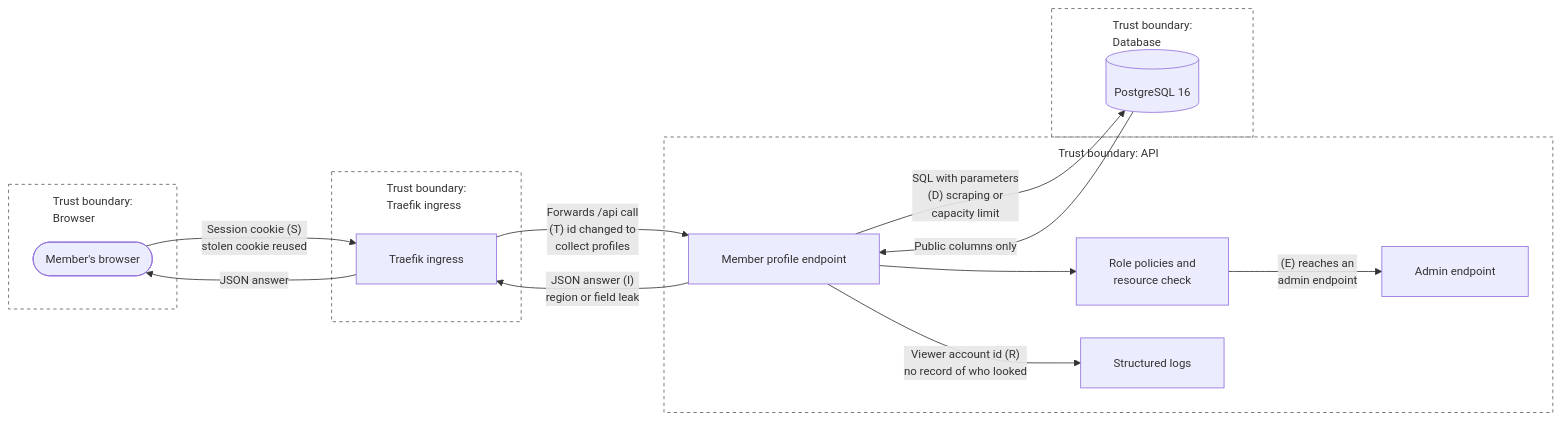
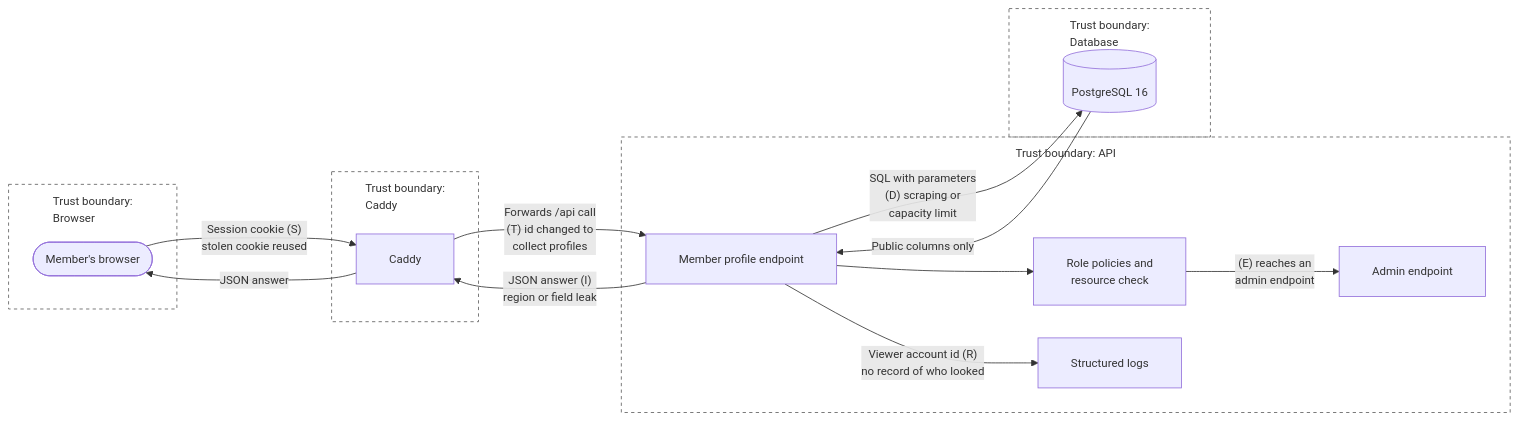
One commit to guruITA/connect-nine changed the third of 3 diagrams in docs/wesley/securityFundamentals.md. Above: the diagram before and after it, drawn with Mermaid. The commit also changed other lines of this file and 3 other files, not shown here.

````diff
--- a/docs/wesley/securityFundamentals.md
+++ b/docs/wesley/securityFundamentals.md
@@ -207,30 +207,30 @@
 ```mermaid
 %%{init: {'flowchart': {'wrappingWidth': 220, 'padding': 20, 'nodeSpacing': 40, 'rankSpacing': 60, 'subGraphTitleMargin': {'top': 10, 'bottom': 10}}, 'themeVariables': {'fontSize': '14px'}}}%%
 flowchart LR
     subgraph browserTB ["Trust boundary:<br/>Browser"]
         browser(["Member's browser"])
     end
-    subgraph ingressTB ["Trust boundary:<br/>Traefik ingress"]
-        ingress["Traefik ingress"]
+    subgraph caddyTB ["Trust boundary:<br/>Caddy"]
+        caddy["Caddy"]
     end
     subgraph apiTB ["Trust boundary: API"]
         endpoint["Member profile endpoint"]
         authz["Role policies and<br/>resource check"]
         admin["Admin endpoint"]
         logs["Structured logs"]
     end
     subgraph dbTB ["Trust boundary:<br/>Database"]
         db[("PostgreSQL 16")]
     end
-    browser -->|"Session cookie (S)<br/>stolen cookie reused"| ingress
-    ingress -->|"Forwards /api call<br/>(T) id changed to<br/>collect profiles"| endpoint
+    browser -->|"Session cookie (S)<br/>stolen cookie reused"| caddy
+    caddy -->|"Forwards /api call<br/>(T) id changed to<br/>collect profiles"| endpoint
     endpoint --> authz
     authz -->|"(E) reaches an<br/>admin endpoint"| admin
     endpoint -->|"SQL with parameters<br/>(D) scraping or<br/>capacity limit"| db
     db -->|"Public columns only"| endpoint
-    endpoint -->|"JSON answer (I)<br/>region or field leak"| ingress
-    ingress -->|"JSON answer"| browser
+    endpoint -->|"JSON answer (I)<br/>region or field leak"| caddy
+    caddy -->|"JSON answer"| browser
     endpoint -->|"Viewer account id (R)<br/>no record of who looked"| logs
     classDef boundary fill:none,stroke:#5e5e5e,stroke-dasharray: 4 4
-    class browserTB,ingressTB,apiTB,dbTB boundary
+    class browserTB,caddyTB,apiTB,dbTB boundary
 ```
````
